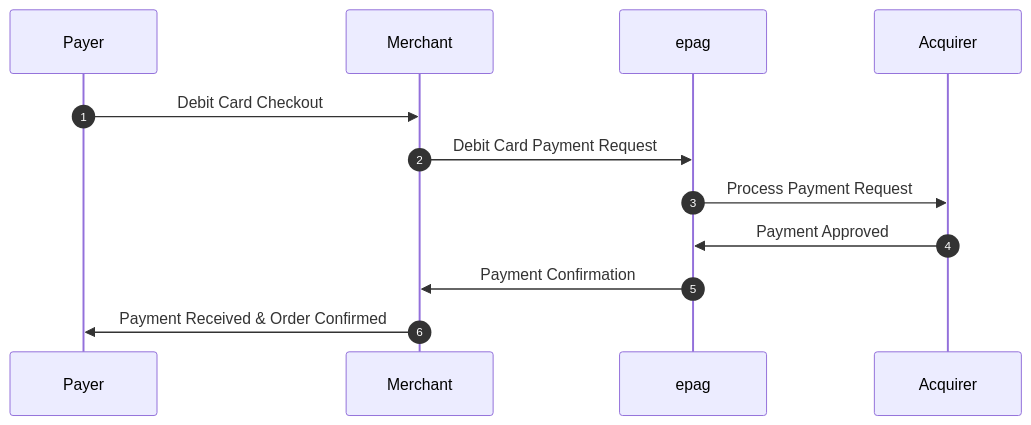
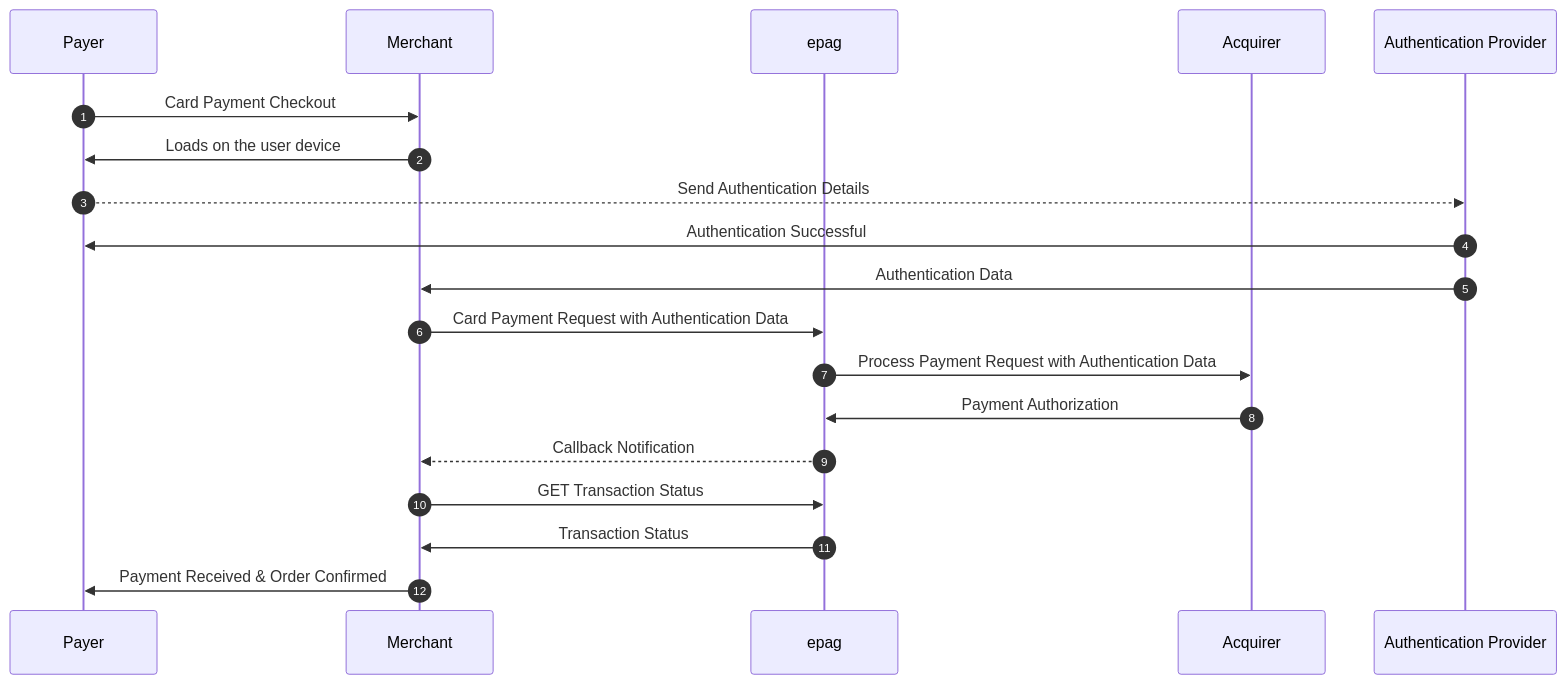
The second of 2 diagrams in docs/Payments/Brazil/Credit Card/debit-cards.md (guilherme-schumann/development-documentation), drawn with Mermaid before and after one commit. The commit also changed other lines of this file and 1 other file, not shown here.

Commit message:
Adding Internal & External 3DS Authentication and Debit Authentication

````diff
--- a/docs/Payments/Brazil/Credit Card/debit-cards.md
+++ b/docs/Payments/Brazil/Credit Card/debit-cards.md
@@ -20,15 +45,22 @@
 ```mermaid
 sequenceDiagram
     autonumber
     participant Payer
     participant Merchant
     participant epag
     participant Acquirer
+    participant AuthenticationProvider as Authentication Provider
 
-    Payer ->> Merchant: Debit Card Checkout
-    Merchant ->> epag: Debit Card Payment Request
-    epag ->> Acquirer: Process Payment Request
-    Acquirer ->> epag: Payment Approved
-    epag ->> Merchant: Payment Confirmation
+    Payer ->> Merchant: Card Payment Checkout
+    Merchant ->> Payer: Loads on the user device
+    Payer -->> AuthenticationProvider: Send Authentication Details
+    AuthenticationProvider ->> Payer: Authentication Successful
+    AuthenticationProvider ->> Merchant: Authentication Data
+    Merchant ->> epag: Card Payment Request with Authentication Data
+    epag ->> Acquirer: Process Payment Request with Authentication Data
+    Acquirer ->> epag: Payment Authorization
+    epag -->> Merchant: Callback Notification
+    Merchant ->> epag: GET Transaction Status
+    epag ->> Merchant: Transaction Status
     Merchant ->> Payer: Payment Received & Order Confirmed
 ```
````
